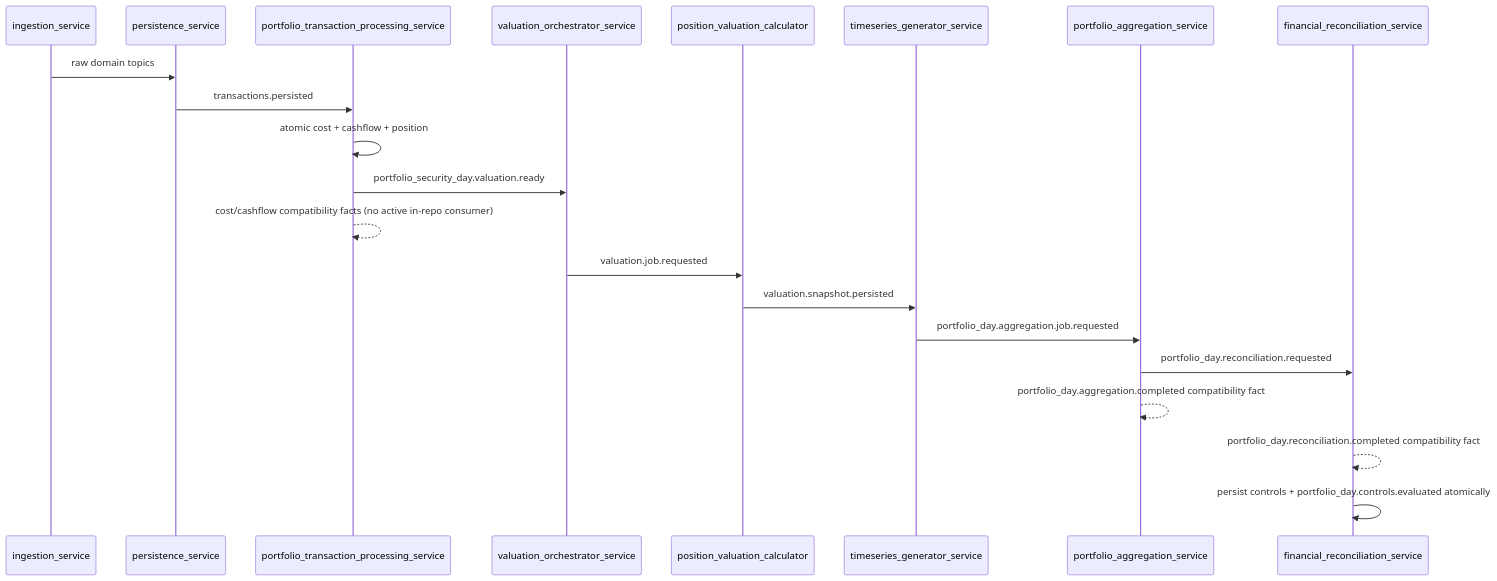
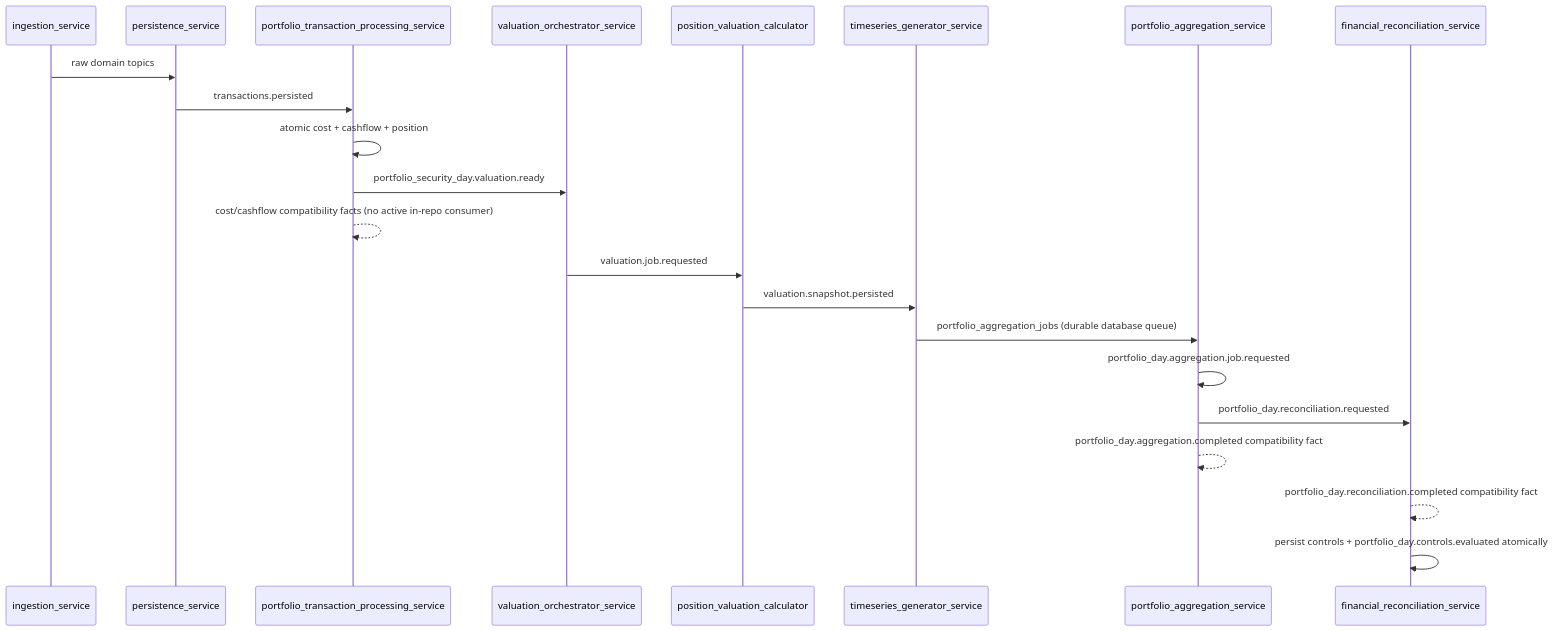
Before and after one commit to sgajbi/lotus-core: the third of 3 diagrams in docs/architecture/current-state-architecture-map.md, drawn with Mermaid. The commit also changed 8 other files, not shown here.

````diff
--- a/docs/architecture/current-state-architecture-map.md
+++ b/docs/architecture/current-state-architecture-map.md
@@ -172,24 +172,25 @@
 ```mermaid
 sequenceDiagram
     participant Ingest as ingestion_service
     participant Persist as persistence_service
     participant Txn as portfolio_transaction_processing_service
     participant ValOrch as valuation_orchestrator_service
     participant Val as position_valuation_calculator
     participant Ts as timeseries_generator_service
     participant Agg as portfolio_aggregation_service
     participant Recon as financial_reconciliation_service
 
     Ingest->>Persist: raw domain topics
     Persist->>Txn: transactions.persisted
     Txn->>Txn: atomic cost + cashflow + position
     Txn->>ValOrch: portfolio_security_day.valuation.ready
     Txn-->>Txn: cost/cashflow compatibility facts (no active in-repo consumer)
     ValOrch->>Val: valuation.job.requested
     Val->>Ts: valuation.snapshot.persisted
-    Ts->>Agg: portfolio_day.aggregation.job.requested
+    Ts->>Agg: portfolio_aggregation_jobs (durable database queue)
+    Agg->>Agg: portfolio_day.aggregation.job.requested
     Agg->>Recon: portfolio_day.reconciliation.requested
     Agg-->>Agg: portfolio_day.aggregation.completed compatibility fact
     Recon-->>Recon: portfolio_day.reconciliation.completed compatibility fact
     Recon->>Recon: persist controls + portfolio_day.controls.evaluated atomically
 ```
````
